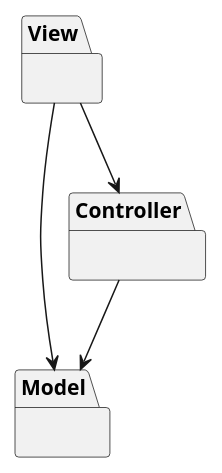
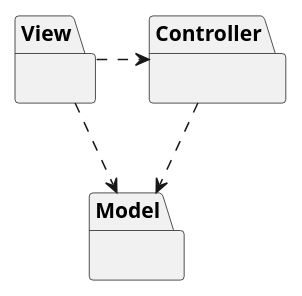
One commit to rafaelacirino/miw-backend-foro changed the diagram in src/main/resources/templates/logic/packages.puml. Above: the diagram before and after it, drawn with PlantUML. The commit also changed 7 other files, not shown here.

Commit message:
update and add more diagrams

```diff
--- a/src/main/resources/templates/logic/packages.puml
+++ b/src/main/resources/templates/logic/packages.puml
@@ -1,16 +1,16 @@
 @startuml
 
 package Model {
 }
 
 package View {
 }
 
 package Controller {
 }
 
-View --> Controller
-View --> Model
-Controller --> Model
+View .right.> Controller
+View ..> Model
+Controller ..> Model
 
 @enduml
```
